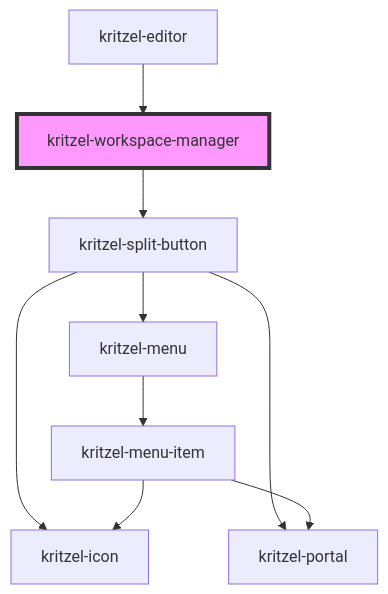
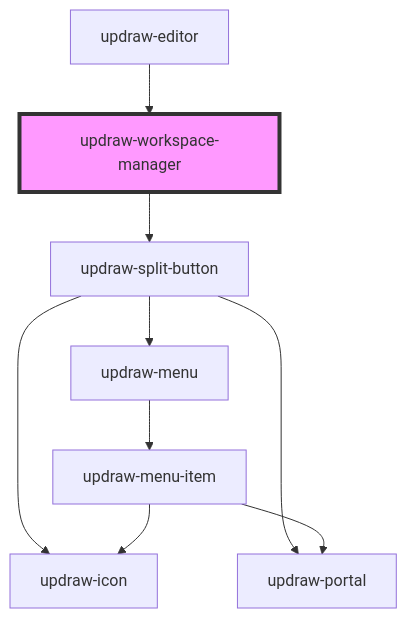
The diagram in libs/editor/core/src/components/updraw-workspace-manager/readme.md (kasual1/kritzel), drawn with Mermaid before and after one commit. The commit also changed other lines of this file and 1129 other files, not shown here.

First line of the commit message:
Replace kritzel with updraw across the codebase

````diff
--- a/libs/editor/core/src/components/updraw-workspace-manager/readme.md
+++ b/libs/editor/core/src/components/updraw-workspace-manager/readme.md
@@ -60,12 +60,12 @@
 ```mermaid
 graph TD;
-  kritzel-workspace-manager --> kritzel-split-button
-  kritzel-split-button --> kritzel-icon
-  kritzel-split-button --> kritzel-portal
-  kritzel-split-button --> kritzel-menu
-  kritzel-menu --> kritzel-menu-item
-  kritzel-menu-item --> kritzel-icon
-  kritzel-menu-item --> kritzel-portal
-  kritzel-editor --> kritzel-workspace-manager
-  style kritzel-workspace-manager fill:#f9f,stroke:#333,stroke-width:4px
+  updraw-workspace-manager --> updraw-split-button
+  updraw-split-button --> updraw-icon
+  updraw-split-button --> updraw-portal
+  updraw-split-button --> updraw-menu
+  updraw-menu --> updraw-menu-item
+  updraw-menu-item --> updraw-icon
+  updraw-menu-item --> updraw-portal
+  updraw-editor --> updraw-workspace-manager
+  style updraw-workspace-manager fill:#f9f,stroke:#333,stroke-width:4px
 ```
````
